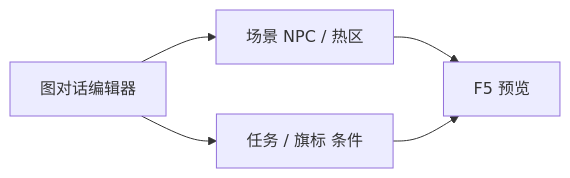
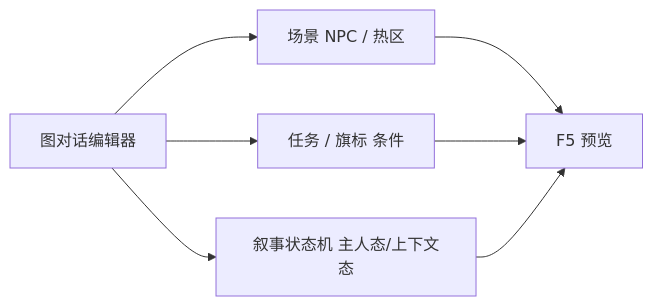
Before and after one commit to wubugui/GDoc: the fourth of 4 diagrams in docs/editors/narrative-domain/dialogue-graph-editor.md, drawn with Mermaid. The commit also changed other lines of this file and 112 other files, not shown here.

````diff
--- a/docs/editors/narrative-domain/dialogue-graph-editor.md
+++ b/docs/editors/narrative-domain/dialogue-graph-editor.md
@@ -109,7 +125,9 @@
 ```mermaid
 flowchart LR
   DG[图对话编辑器] --> NPC[场景 NPC / 热区]
   DG --> QS[任务 / 旗标 条件]
+  DG --> NS[叙事状态机 主人态/上下文态]
   NPC --> PV[F5 预览]
   QS --> PV
+  NS --> PV
 ```
````
